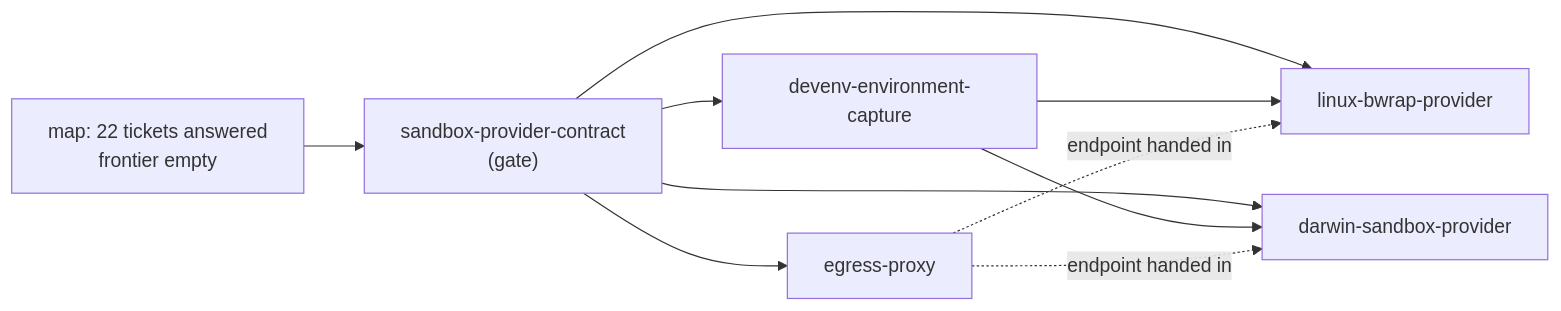
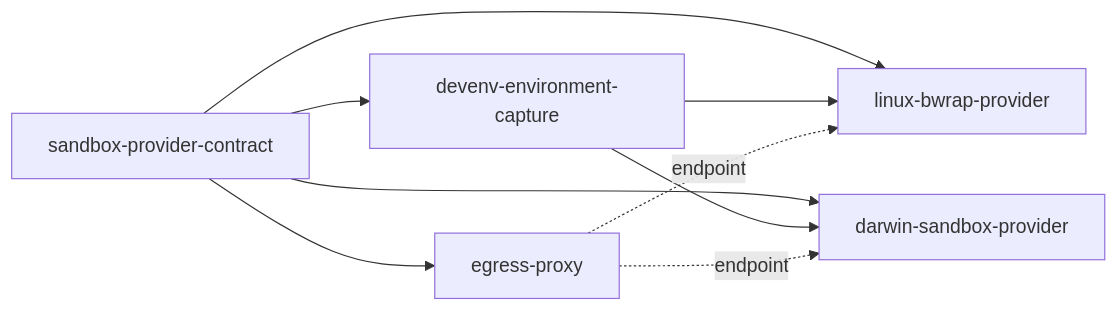
One commit to throwparty/agentkit changed the first of 2 diagrams in maps/2026-10-31-nix-devshell-sandbox/HANDOVER.md. Above: the diagram before and after it, drawn with Mermaid. The commit also changed other lines of this file, not shown here.

First line of the commit message:
2026-10-31-nix-devshell-sandbox: cut the handover to the facts

````diff
--- a/maps/2026-10-31-nix-devshell-sandbox/HANDOVER.md
+++ b/maps/2026-10-31-nix-devshell-sandbox/HANDOVER.md
@@ -15,12 +11,11 @@
 ```mermaid
 flowchart LR
-    map["map: 22 tickets answered<br/>frontier empty"] --> contract["sandbox-provider-contract<br/>(gate)"]
-    contract --> capture["devenv-environment-capture"]
-    contract --> linux["linux-bwrap-provider"]
-    contract --> darwin["darwin-sandbox-provider"]
-    contract --> proxy["egress-proxy"]
+    contract["sandbox-provider-contract"] --> capture[devenv-environment-capture]
+    contract --> linux[linux-bwrap-provider]
+    contract --> darwin[darwin-sandbox-provider]
+    contract --> proxy[egress-proxy]
     capture --> linux
     capture --> darwin
-    proxy -.->|endpoint handed in| linux
-    proxy -.->|endpoint handed in| darwin
+    proxy -.->|endpoint| linux
+    proxy -.->|endpoint| darwin
 ```
````
